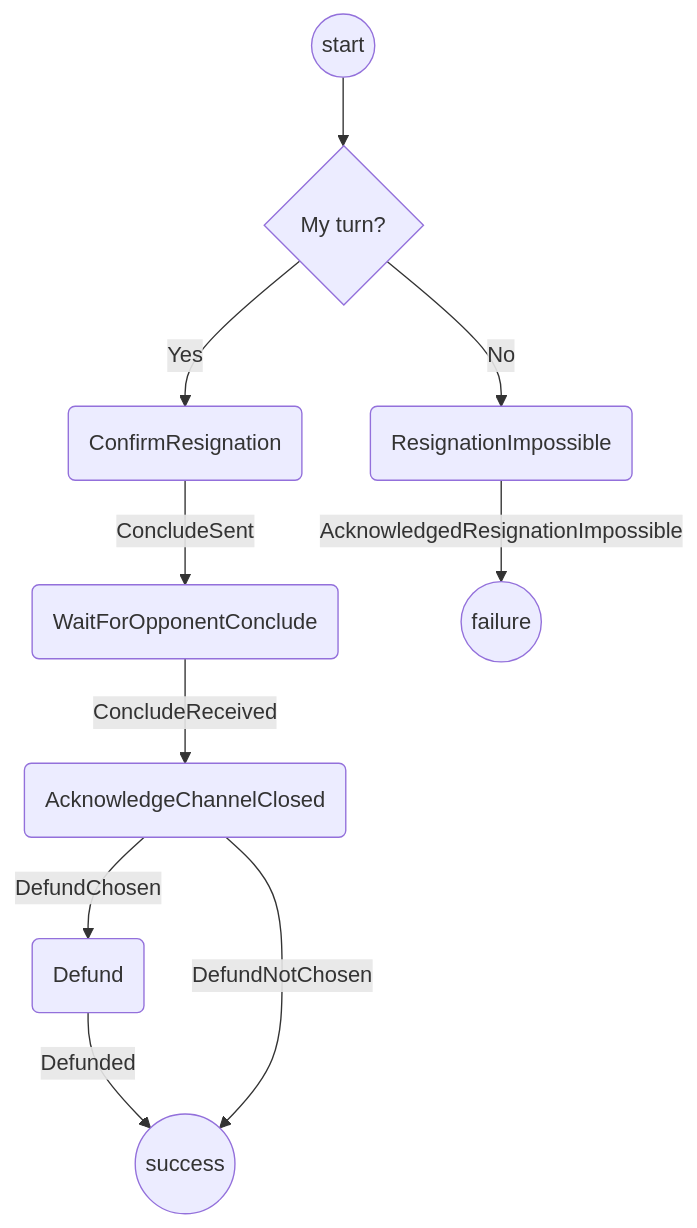
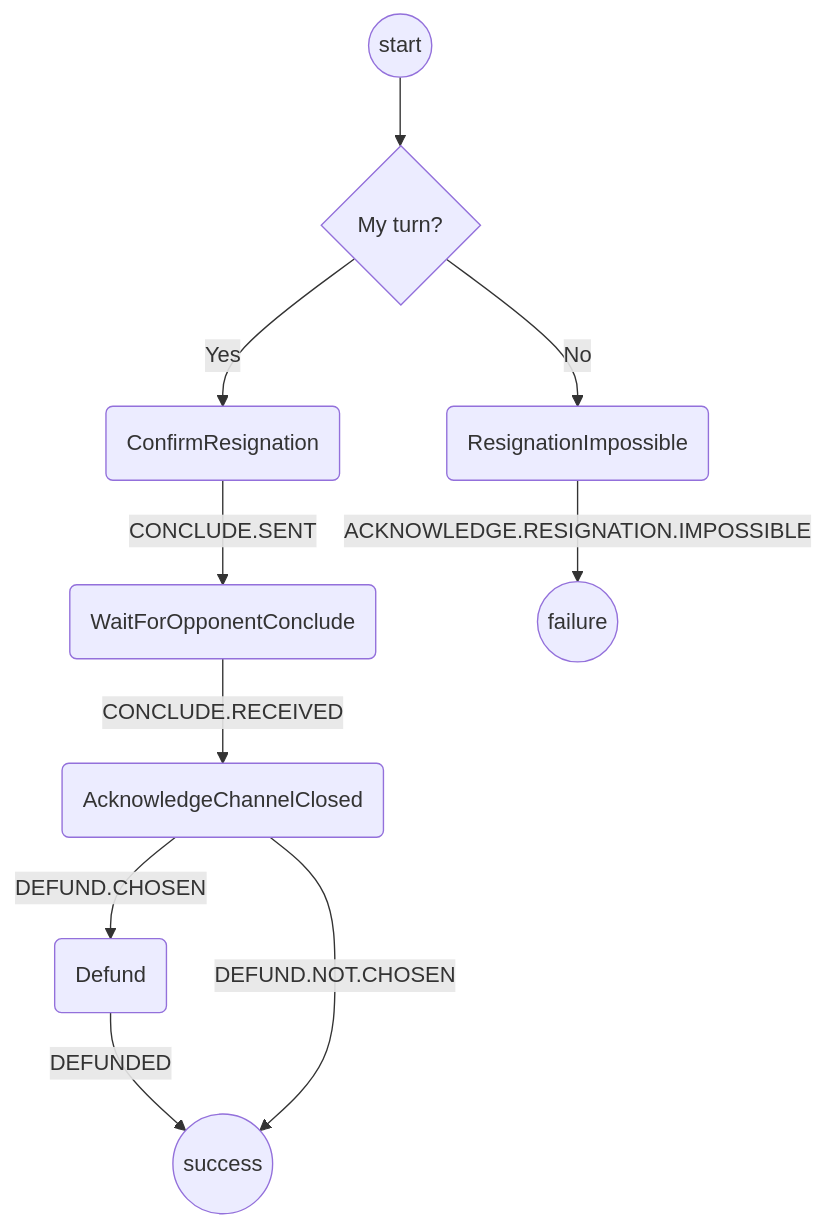
The diagram in packages/wallet/src/redux/protocols/resigning/readme.md (magmo/apps), drawn with Mermaid before and after one commit.

Commit message:
UPPERCASE actions in readme

````diff
--- a/packages/wallet/src/redux/protocols/resigning/readme.md
+++ b/packages/wallet/src/redux/protocols/resigning/readme.md
@@ -20,12 +20,12 @@
 ```mermaid
 graph TD
   S((start)) --> CR{My turn?}
   CR  --> |Yes| CC(ConfirmResignation)
   CR  --> |No| RC(ResignationImpossible)
-  CC  --> |ConcludeSent| WOC(WaitForOpponentConclude)
-  WOC --> |ConcludeReceived| ACC(AcknowledgeChannelClosed)
-  ACC --> |DefundChosen| D(Defund)
-  D   --> |Defunded| SS
-  ACC --> |DefundNotChosen| SS((success))
-  RC  --> |AcknowledgedResignationImpossible| F((failure))
+  CC  --> |CONCLUDE.SENT| WOC(WaitForOpponentConclude)
+  WOC --> |CONCLUDE.RECEIVED| ACC(AcknowledgeChannelClosed)
+  ACC --> |DEFUND.CHOSEN| D(Defund)
+  D   --> |DEFUNDED| SS
+  ACC --> |DEFUND.NOT.CHOSEN| SS((success))
+  RC  --> |ACKNOWLEDGE.RESIGNATION.IMPOSSIBLE| F((failure))
 ```
````
